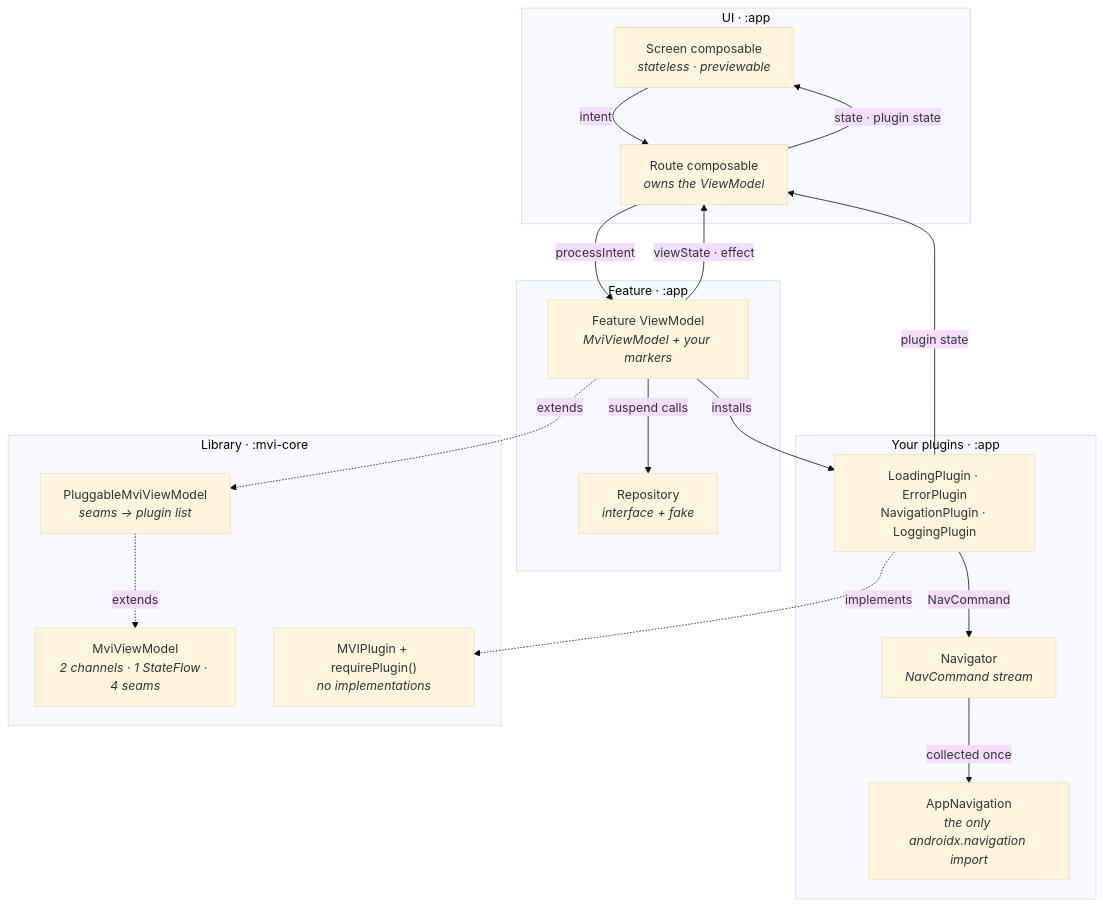
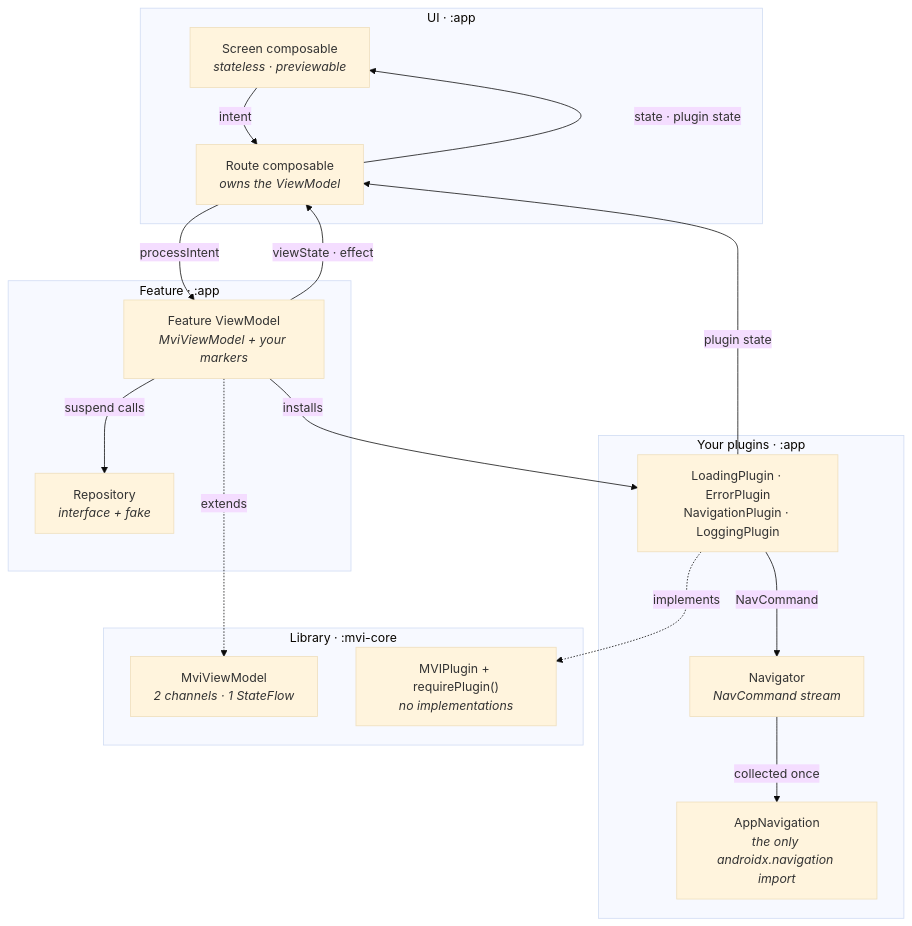
One commit to Alinasser96/MVIdelg changed the third of 4 diagrams in README.md. Above: the diagram before and after it, drawn with Mermaid (base theme). The commit also changed other lines of this file and 10 other files, not shown here.

First line of the commit message:
Revert the base class split: one ViewModel, plugins optional

````diff
--- a/README.md
+++ b/README.md
@@ -381,37 +364,35 @@
 ```mermaid
 flowchart TB
     subgraph L1["UI · :app"]
         SCR["Screen composable<br/><i>stateless · previewable</i>"]
         RTE["Route composable<br/><i>owns the ViewModel</i>"]
     end
 
     subgraph L2["Feature · :app"]
         FVM["Feature ViewModel<br/><i>MviViewModel + your markers</i>"]
         REPO["Repository<br/><i>interface + fake</i>"]
     end
 
     subgraph L3["Your plugins · :app"]
         PLUG["LoadingPlugin · ErrorPlugin<br/>NavigationPlugin · LoggingPlugin"]
         NAVR["Navigator<br/><i>NavCommand stream</i>"]
         HOST["AppNavigation<br/><i>the only androidx.navigation import</i>"]
     end
 
     subgraph L4["Library · :mvi-core"]
-        BASE["MviViewModel<br/><i>2 channels · 1 StateFlow · 4 seams</i>"]
-        PLG["PluggableMviViewModel<br/><i>seams -> plugin list</i>"]
+        BASE["MviViewModel<br/><i>2 channels · 1 StateFlow</i>"]
         IFACE["MVIPlugin + requirePlugin()<br/><i>no implementations</i>"]
     end
 
     SCR -->|"intent"| RTE
     RTE -->|"state · plugin state"| SCR
     RTE -->|"processIntent"| FVM
     FVM -->|"viewState · effect"| RTE
     FVM -->|"suspend calls"| REPO
     FVM -->|"installs"| PLUG
     PLUG -->|"plugin state"| RTE
     PLUG -->|"NavCommand"| NAVR
     NAVR -->|"collected once"| HOST
-    FVM -.->|"extends"| PLG
-    PLG -.->|"extends"| BASE
+    FVM -.->|"extends"| BASE
     PLUG -.->|"implements"| IFACE
 ```
````
